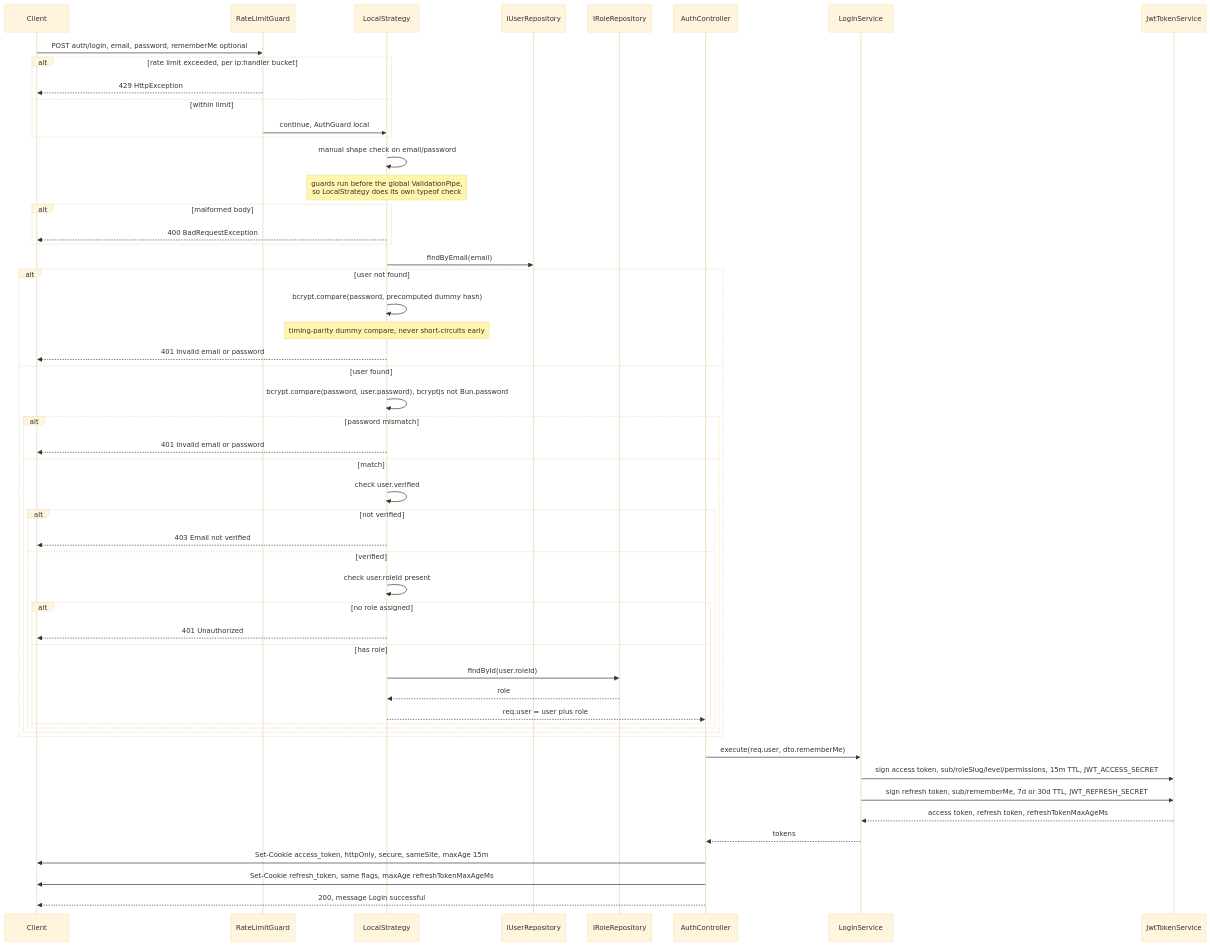
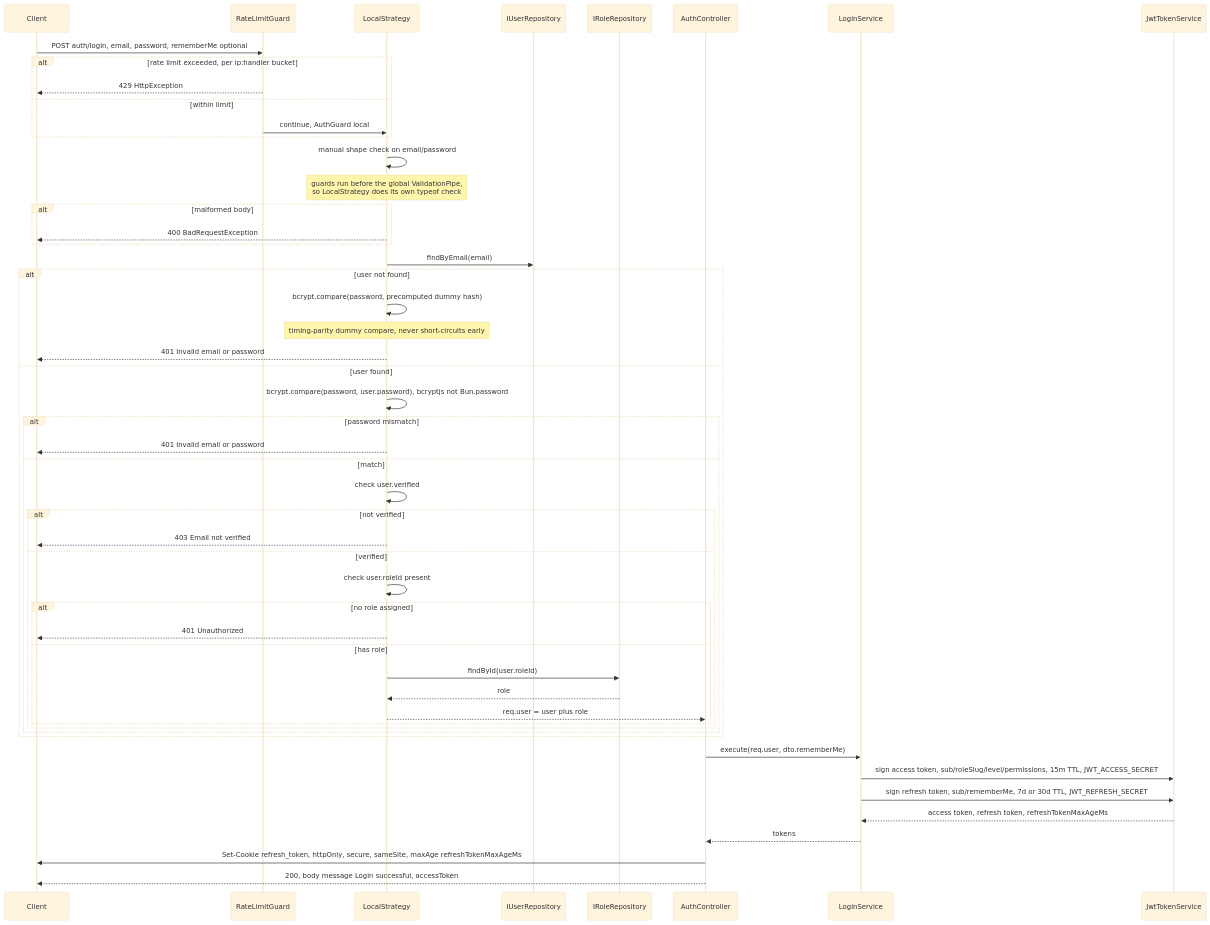
The first of 2 diagrams in apps/cms-api/docs/diagrams/login-flow-diagram.md (hungnh1812dev/abyssoftime-cms-api), drawn with Mermaid (base theme) before and after one commit. The commit also changed other lines of this file and 6 other files, not shown here.

First line of the commit message:
docs(cms-api): update auth docs and flow diagrams for the Bearer-header migration

````diff
--- a/apps/cms-api/docs/diagrams/login-flow-diagram.md
+++ b/apps/cms-api/docs/diagrams/login-flow-diagram.md
@@ -9,60 +10,59 @@
 ```mermaid
 sequenceDiagram
     participant C as Client
     participant RL as RateLimitGuard
     participant LS as LocalStrategy
     participant U as IUserRepository
     participant R as IRoleRepository
     participant Ctl as AuthController
     participant Login as LoginService
     participant JWT as JwtTokenService
 
     C->>RL: POST auth/login, email, password, rememberMe optional
     alt rate limit exceeded, per ip:handler bucket
         RL-->>C: 429 HttpException
     else within limit
         RL->>LS: continue, AuthGuard local
     end
 
     LS->>LS: manual shape check on email/password
     Note over LS: guards run before the global ValidationPipe,<br/>so LocalStrategy does its own typeof check
     alt malformed body
         LS-->>C: 400 BadRequestException
     end
 
     LS->>U: findByEmail(email)
     alt user not found
         LS->>LS: bcrypt.compare(password, precomputed dummy hash)
         Note over LS: timing-parity dummy compare, never short-circuits early
         LS-->>C: 401 Invalid email or password
     else user found
         LS->>LS: bcrypt.compare(password, user.password), bcryptjs not Bun.password
         alt password mismatch
             LS-->>C: 401 Invalid email or password
         else match
             LS->>LS: check user.verified
             alt not verified
                 LS-->>C: 403 Email not verified
             else verified
                 LS->>LS: check user.roleId present
                 alt no role assigned
                     LS-->>C: 401 Unauthorized
                 else has role
                     LS->>R: findById(user.roleId)
                     R-->>LS: role
                     LS-->>Ctl: req.user = user plus role
                 end
             end
         end
     end
 
     Ctl->>Login: execute(req.user, dto.rememberMe)
     Login->>JWT: sign access token, sub/roleSlug/level/permissions, 15m TTL, JWT_ACCESS_SECRET
     Login->>JWT: sign refresh token, sub/rememberMe, 7d or 30d TTL, JWT_REFRESH_SECRET
     JWT-->>Login: access token, refresh token, refreshTokenMaxAgeMs
     Login-->>Ctl: tokens
 
-    Ctl->>C: Set-Cookie access_token, httpOnly, secure, sameSite, maxAge 15m
-    Ctl->>C: Set-Cookie refresh_token, same flags, maxAge refreshTokenMaxAgeMs
-    Ctl-->>C: 200, message Login successful
+    Ctl->>C: Set-Cookie refresh_token, httpOnly, secure, sameSite, maxAge refreshTokenMaxAgeMs
+    Ctl-->>C: 200, body message Login successful, accessToken
 ```
````
